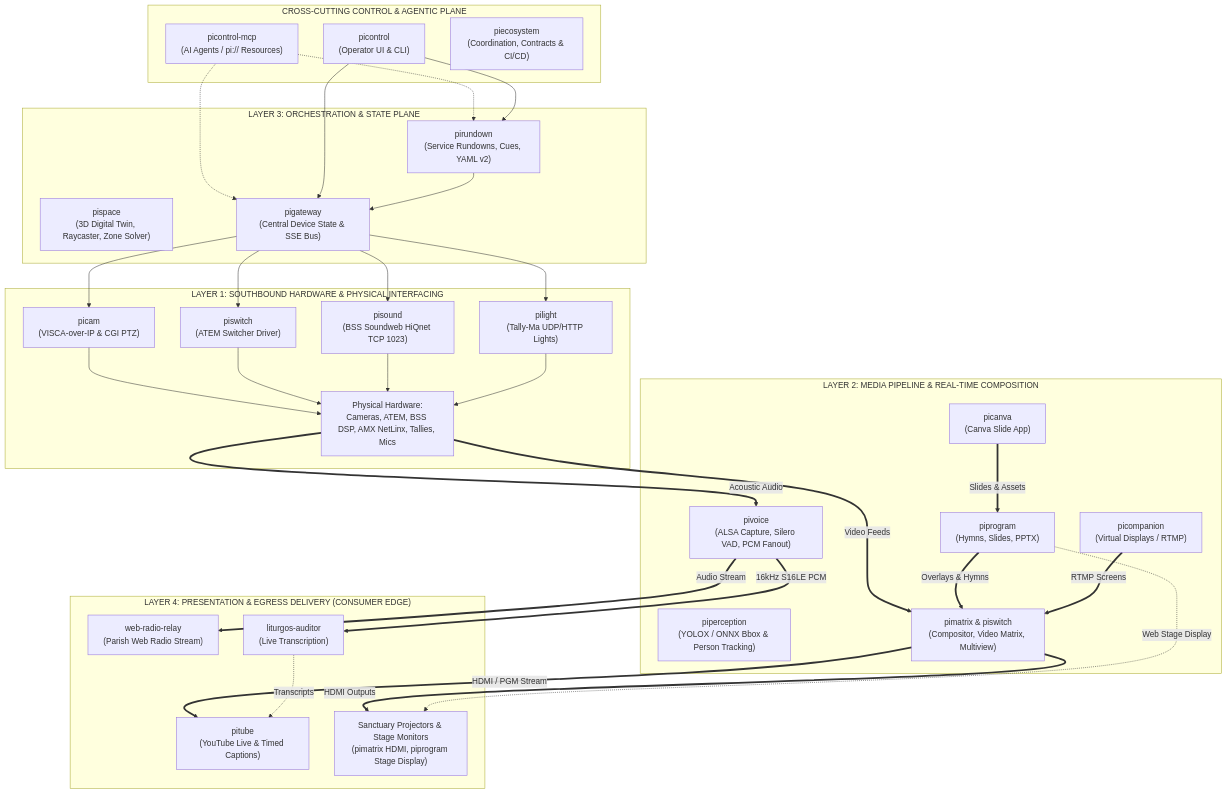
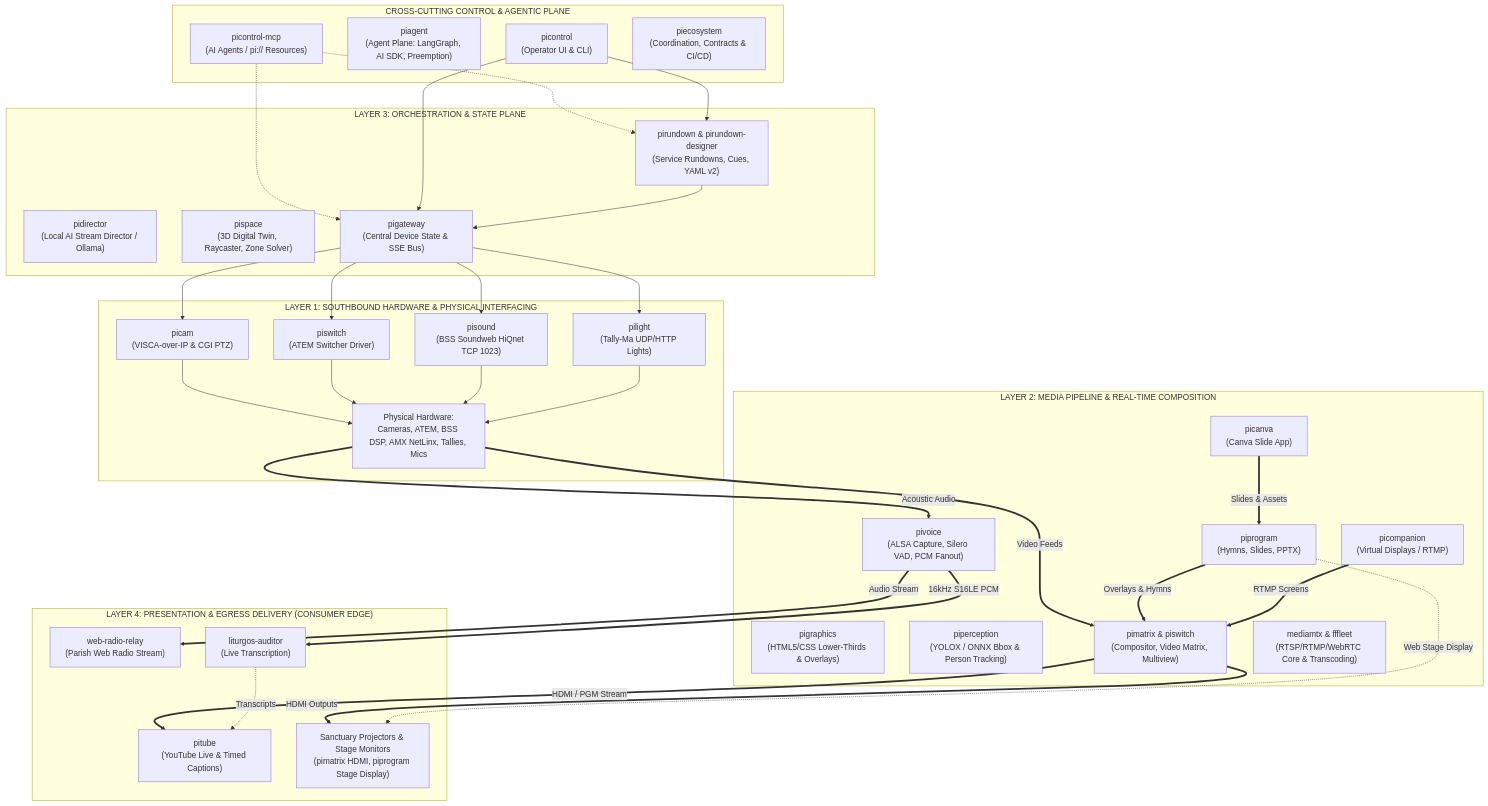
One commit to jsilvanus/piecosystem changed the diagram in docs/architecture-layers.md. Above: the diagram before and after it, drawn with Mermaid. The commit also changed other lines of this file and 5 other files, not shown here.

Commit message:
docs: register pidirector (:3450) and piagent (:3120) architecture plans and catalog entries

````diff
--- a/docs/architecture-layers.md
+++ b/docs/architecture-layers.md
@@ -47,70 +47,74 @@
 ```mermaid
 flowchart TD
     subgraph CP["CROSS-CUTTING CONTROL & AGENTIC PLANE"]
         MCP["picontrol-mcp<br/>(AI Agents / pi:// Resources)"]
+        AGENT["piagent<br/>(Agent Plane: LangGraph, AI SDK, Preemption)"]
         UI["picontrol<br/>(Operator UI & CLI)"]
         GOV["piecosystem<br/>(Coordination, Contracts & CI/CD)"]
     end
 
     subgraph L3["LAYER 3: ORCHESTRATION & STATE PLANE"]
-        RUNDOWN["pirundown<br/>(Service Rundowns, Cues, YAML v2)"]
+        RUNDOWN["pirundown & pirundown-designer<br/>(Service Rundowns, Cues, YAML v2)"]
+        DIRECTOR["pidirector<br/>(Local AI Stream Director / Ollama)"]
         SPACE["pispace<br/>(3D Digital Twin, Raycaster, Zone Solver)"]
         GATEWAY["pigateway<br/>(Central Device State & SSE Bus)"]
     end
 
     subgraph L2["LAYER 2: MEDIA PIPELINE & REAL-TIME COMPOSITION"]
         CANVA["picanva<br/>(Canva Slide App)"]
         PGM["piprogram<br/>(Hymns, Slides, PPTX)"]
+        GRAPHICS["pigraphics<br/>(HTML5/CSS Lower-Thirds & Overlays)"]
         COMPANION["picompanion<br/>(Virtual Displays / RTMP)"]
         PERCEPTION["piperception<br/>(YOLOX / ONNX Bbox & Person Tracking)"]
         VOICE_DSP["pivoice<br/>(ALSA Capture, Silero VAD, PCM Fanout)"]
         MATRIX["pimatrix & piswitch<br/>(Compositor, Video Matrix, Multiview)"]
+        MEDIAMTX["mediamtx & fffleet<br/>(RTSP/RTMP/WebRTC Core & Transcoding)"]
     end
 
     subgraph L1["LAYER 1: SOUTHBOUND HARDWARE & PHYSICAL INTERFACING"]
         PICAM["picam<br/>(VISCA-over-IP & CGI PTZ)"]
         PISWITCH["piswitch<br/>(ATEM Switcher Driver)"]
         PISOUND["pisound<br/>(BSS Soundweb HiQnet TCP 1023)"]
         PILIGHT["pilight<br/>(Tally-Ma UDP/HTTP Lights)"]
         HW_DEVICES["Physical Hardware:<br/>Cameras, ATEM, BSS DSP, AMX NetLinx, Tallies, Mics"]
     end
 
     subgraph L4["LAYER 4: PRESENTATION & EGRESS DELIVERY (CONSUMER EDGE)"]
         YT["pitube<br/>(YouTube Live & Timed Captions)"]
         RADIO["web-radio-relay<br/>(Parish Web Radio Stream)"]
         AUDITOR["liturgos-auditor<br/>(Live Transcription)"]
         DISPLAYS["Sanctuary Projectors & Stage Monitors<br/>(pimatrix HDMI, piprogram Stage Display)"]
     end
 
     %% Control Flow
     MCP -.-> RUNDOWN
     MCP -.-> GATEWAY
     UI --> RUNDOWN
     UI --> GATEWAY
     RUNDOWN --> GATEWAY
     GATEWAY --> PICAM
     GATEWAY --> PISWITCH
     GATEWAY --> PISOUND
     GATEWAY --> PILIGHT
 
     %% Hardware Interfacing
     PICAM --> HW_DEVICES
     PISWITCH --> HW_DEVICES
     PISOUND --> HW_DEVICES
     PILIGHT --> HW_DEVICES
 
     %% Media Flow (Direct Data Plane)
     HW_DEVICES ==>|Video Feeds| MATRIX
     HW_DEVICES ==>|Acoustic Audio| VOICE_DSP
     CANVA ==>|Slides & Assets| PGM
     PGM ==>|Overlays & Hymns| MATRIX
     COMPANION ==>|RTMP Screens| MATRIX
     VOICE_DSP ==>|Audio Stream| RADIO
     VOICE_DSP ==>|16kHz S16LE PCM| AUDITOR
 
     %% Egress Delivery
     MATRIX ==>|HDMI / PGM Stream| YT
     AUDITOR -.->|Transcripts| YT
     MATRIX ==>|HDMI Outputs| DISPLAYS
     PGM -.->|Web Stage Display| DISPLAYS
 ```
````
